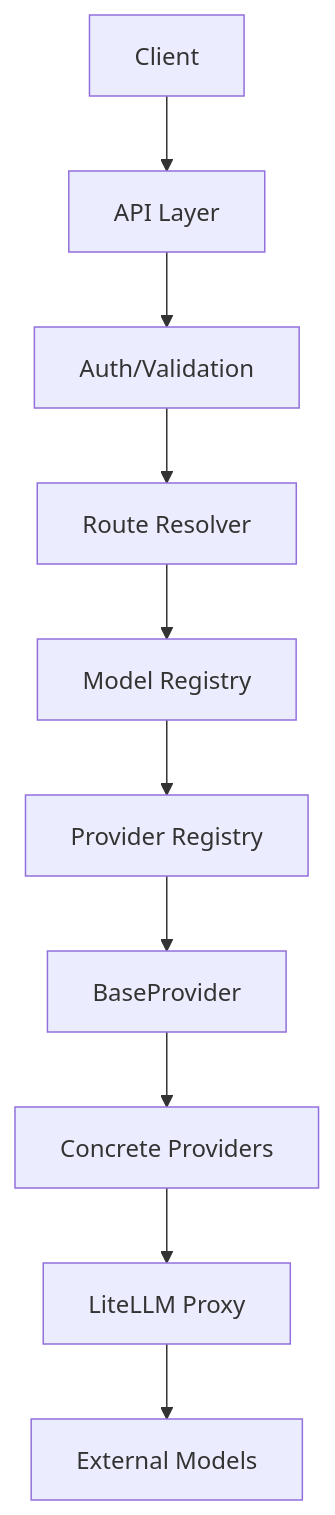
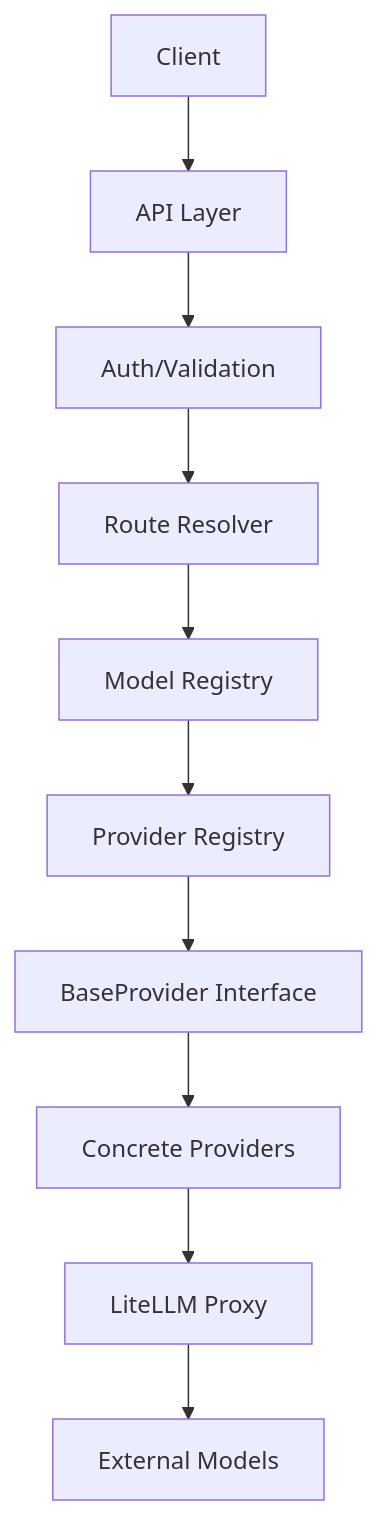
One commit to j2sleek/nexus-ai-gateway changed the second of 2 diagrams in docs/architecture/ADR-001-gateway-architecture.md. Above: the diagram before and after it, drawn with Mermaid. The commit also changed other lines of this file, not shown here.

Commit message:
docs: finalize gateway architecture ADR

````diff
--- a/docs/architecture/ADR-001-gateway-architecture.md
+++ b/docs/architecture/ADR-001-gateway-architecture.md
@@ -54,12 +55,12 @@
 ```mermaid
 graph TD
     Client --> API_Layer[API Layer]
     API_Layer --> Auth[Auth/Validation]
     Auth --> RouteResolver[Route Resolver]
     RouteResolver --> ModelRegistry[Model Registry]
     ModelRegistry --> ProviderRegistry[Provider Registry]
-    ProviderRegistry --> BaseProvider[BaseProvider]
+    ProviderRegistry --> BaseProvider[BaseProvider Interface]
     BaseProvider --> ConcreteProviders[Concrete Providers]
     ConcreteProviders --> LiteLLM[LiteLLM Proxy]
     LiteLLM --> ExternalModels[External Models]
 ```
````
